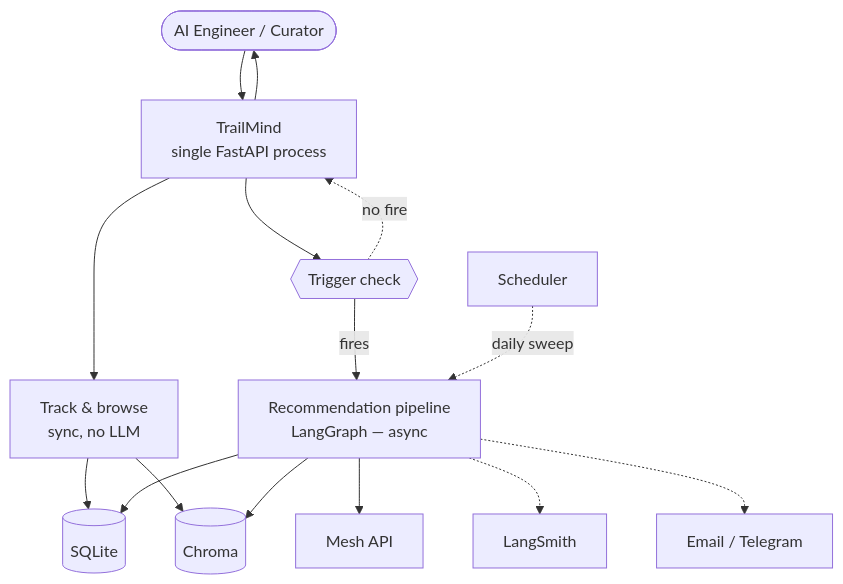
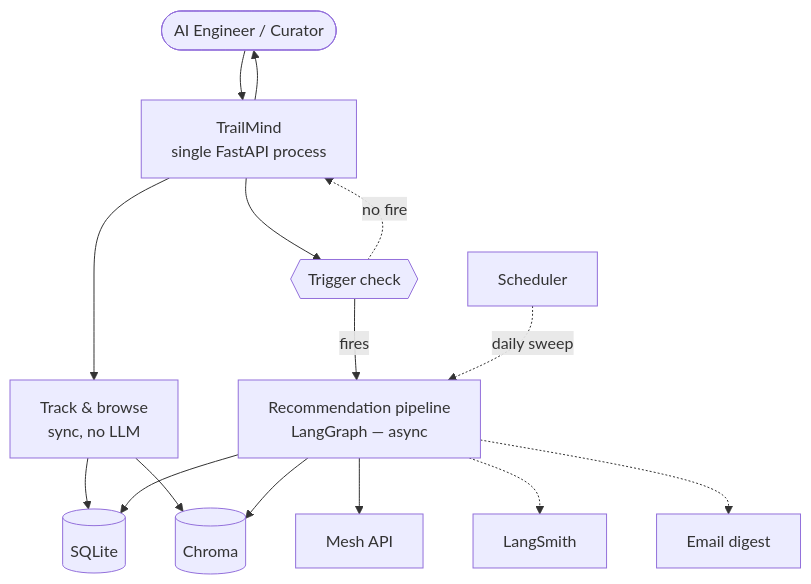
The first of 2 diagrams in README.md (leeladesai/smartreco-hackathon), drawn with Mermaid before and after one commit. The commit also changed other lines of this file and 2 other files, not shown here.

````diff
--- a/README.md
+++ b/README.md
@@ -79,32 +81,32 @@
 ```mermaid
 flowchart TB
     user(["AI Engineer / Curator"])
     app["TrailMind\nsingle FastAPI process"]
 
     ui["Track & browse\nsync, no LLM"]
     trigger{{"Trigger check"}}
     pipeline["Recommendation pipeline\nLangGraph — async"]
 
     sql[("SQLite")]
     vector[("Chroma")]
     cron["Scheduler"]
 
     mesh["Mesh API"]
     trace["LangSmith"]
-    notify["Email / Telegram"]
+    notify["Email digest"]
 
     user --> app
     app --> ui
     app --> trigger
     ui --> sql
     ui --> vector
     trigger -- fires --> pipeline
     trigger -. no fire .-> app
     pipeline --> sql
     pipeline --> vector
     cron -. daily sweep .-> pipeline
     pipeline --> mesh
     pipeline -.-> trace
     pipeline -.-> notify
     app --> user
 ```
````
